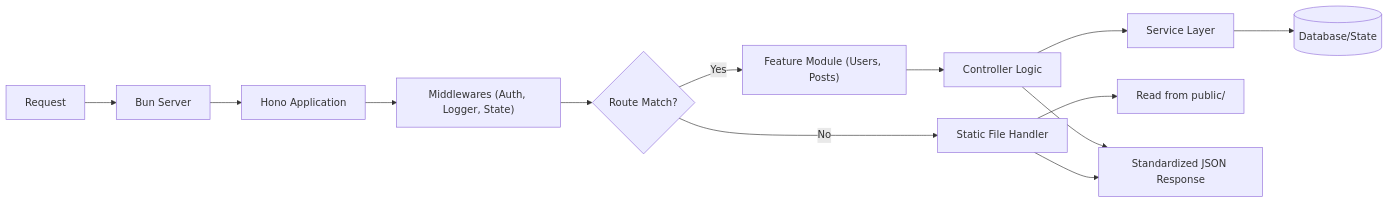
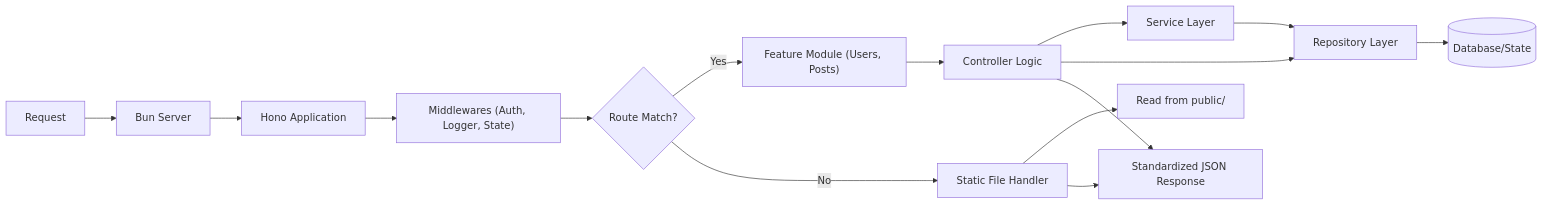
The diagram in doc/ARCHITECTURE.md (thomijasir/hono-starter), drawn with Mermaid before and after one commit. The commit also changed other lines of this file and 71 other files, not shown here.

````diff
--- a/doc/ARCHITECTURE.md
+++ b/doc/ARCHITECTURE.md
@@ -17,18 +17,20 @@
 ```mermaid
 graph LR
     Request --> Server[Bun Server]
     Server --> App[Hono Application]
     App --> Middleware["Middlewares (Auth, Logger, State)"]
     Middleware --> Router{Route Match?}
 
     Router -- Yes --> Module["Feature Module (Users, Posts)"]
     Module --> Controller[Controller Logic]
     Controller --> Service[Service Layer]
-    Service --> DB[(Database/State)]
+    Controller --> Repository[Repository Layer]
+    Service --> Repository
+    Repository --> DB[(Database/State)]
 
     Router -- No --> StaticHandler[Static File Handler]
     StaticHandler --> FileSystem[Read from public/]
 
     Controller --> Response[Standardized JSON Response]
     StaticHandler --> Response
 ```
````
